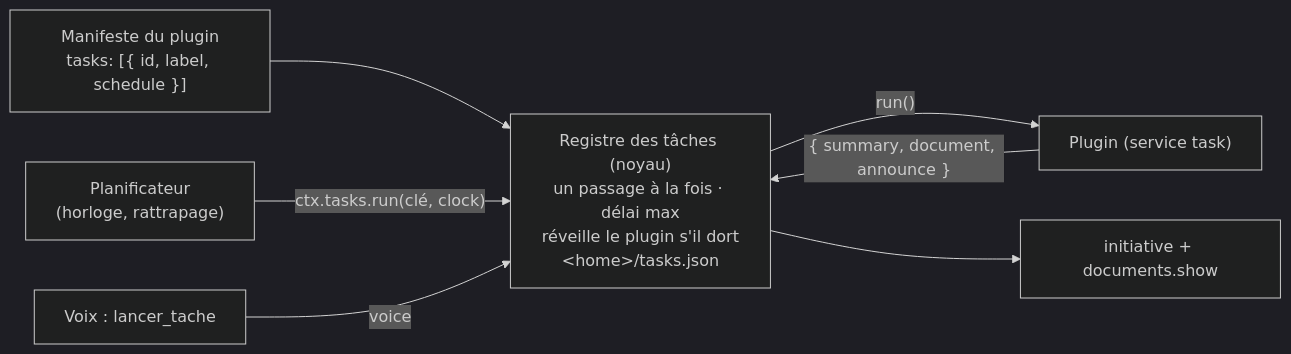
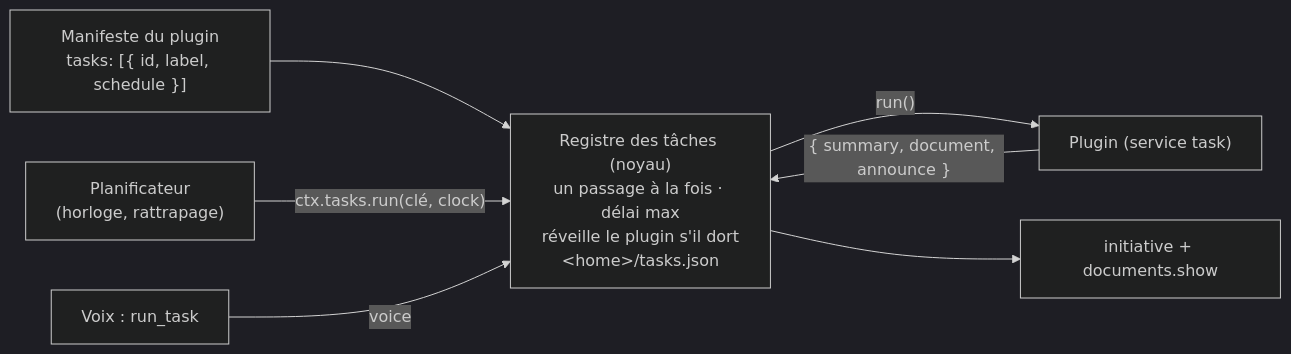
The diagram in docs/spec/taches.md (gleborgne/floppy), drawn with Mermaid (dark theme) before and after one commit. The commit also changed other lines of this file and 169 other files, not shown here.

````diff
--- a/docs/spec/taches.md
+++ b/docs/spec/taches.md
@@ -19,10 +19,10 @@
 ```mermaid
 flowchart LR
   M["Manifeste du plugin<br/>tasks: [{ id, label, schedule }]"] --> R
   R["Registre des tâches (noyau)<br/>un passage à la fois · délai max<br/>réveille le plugin s'il dort<br/>&lt;home&gt;/tasks.json"]
   H["Planificateur<br/>(horloge, rattrapage)"] -- "ctx.tasks.run(clé, clock)" --> R
-  V["Voix : lancer_tache"] -- "voice" --> R
+  V["Voix : run_task"] -- "voice" --> R
   R -- "run()" --> P["Plugin (service task)"]
   P -- "{ summary, document, announce }" --> R
   R --> A["initiative + documents.show"]
 ```
````
